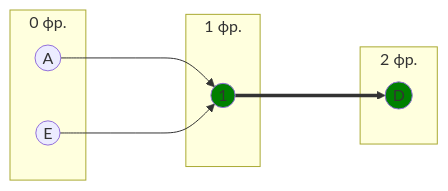
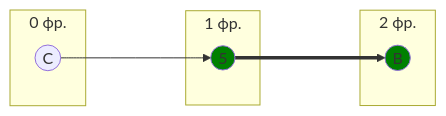
The third of 13 diagrams in Задание 8/TeamSpirit.md (algos-ris-24-5/manual-tasks), drawn with Mermaid before and after one commit. The commit also changed other lines of this file, not shown here.

````diff
--- a/Задание 8/TeamSpirit.md
+++ b/Задание 8/TeamSpirit.md
@@ -109,17 +105,15 @@
 ```mermaid
 graph LR
     subgraph " 0 фр."
-        A((A))
-        E((E))
+        C((C))
     end
     subgraph " 1 фр."
-        1((1))
+        5((5))
     end
     subgraph " 2 фр."
-        D((D))
+        B((B))
     end
-    A ---> 1 ===> D
-    E -->1
-    style 1 fill:#008000
-    style D fill:#008000
+    C ---> 5 ===> B
+    style 5 fill:#008000
+    style B fill:#008000
 ```
````
